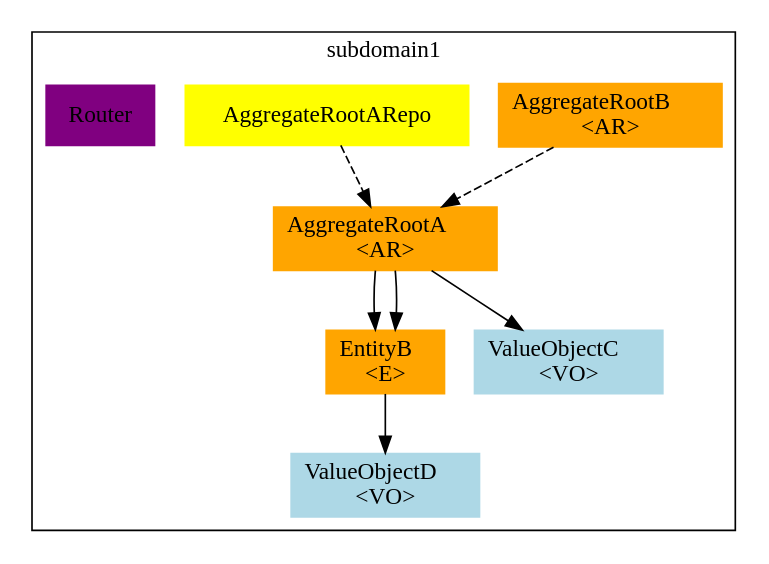
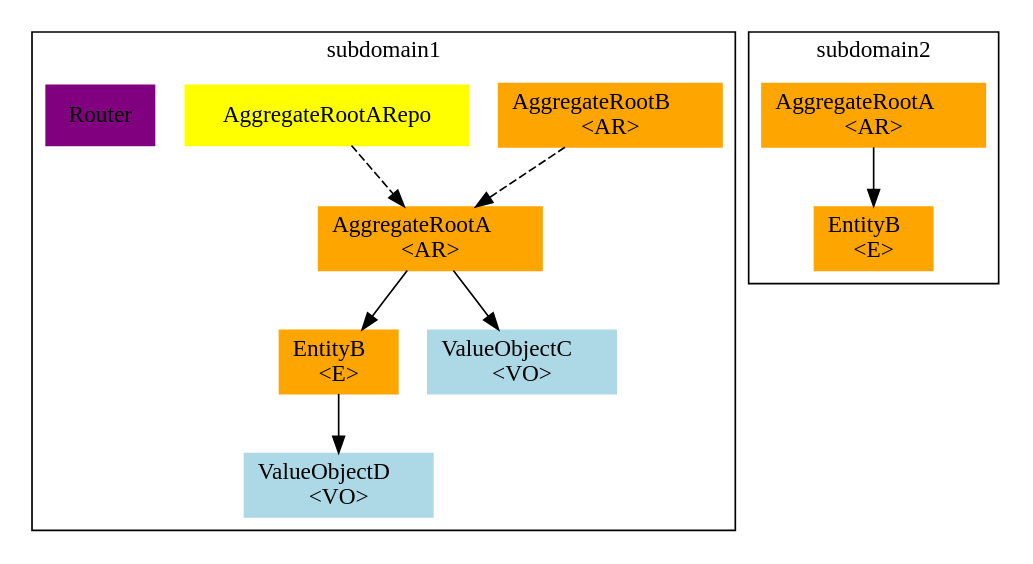
Before and after one commit to newlee/tequila: the diagram in examples/subdomain.dot, drawn with Graphviz. The commit also changed 3 other files, not shown here.

```diff
--- a/examples/subdomain.dot
+++ b/examples/subdomain.dot
@@ -1,25 +1,25 @@
 digraph g {
 	node[style = filled, color = orange];
 
 	subgraph cluster1 {
-		label="subdomain1"
+		label=subdomain1
 		AggregateRootA[label="AggregateRootA\l<AR>", comment=AR, shape=box]
 		AggregateRootB[label="AggregateRootB\l<AR>", comment=AR, shape=box]
 		EntityB[label="EntityB\l<E>", comment=E, shape=box]
 		ValueObjectC[label="ValueObjectC\l<VO>", comment=VO, shape=box, color=lightblue]
 		ValueObjectD[label="ValueObjectD\l<VO>", comment=VO, shape=box, color=lightblue]
 		AggregateRootARepo[label="AggregateRootARepo", comment=Repo, shape=box, color=yellow]
 		Router[label="Router", comment=Provider, shape=box, color=purple]
 		AggregateRootA -> EntityB
 		AggregateRootA -> ValueObjectC
 		EntityB -> ValueObjectD
 		AggregateRootB -> AggregateRootA[style="dashed"]
 		AggregateRootARepo -> AggregateRootA[style="dashed"]
 	}
 	subgraph cluster2 {
-		label="subdomain2"
-		AggregateRootA[label="AggregateRootA\l<AR>", comment=AR, shape=box]
-		EntityB[label="EntityB\l<E>", comment=E, shape=box]
-		AggregateRootA -> EntityB
+		label=subdomain2
+		AggregateRootC[label="AggregateRootA\l<AR>", comment=AR, shape=box]
+		EntityC[label="EntityB\l<E>", comment=E, shape=box]
+		AggregateRootC -> EntityC
 	}
 }
```
